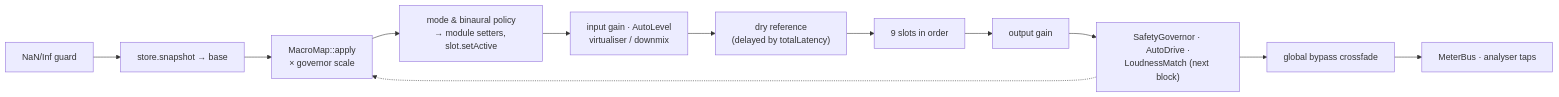
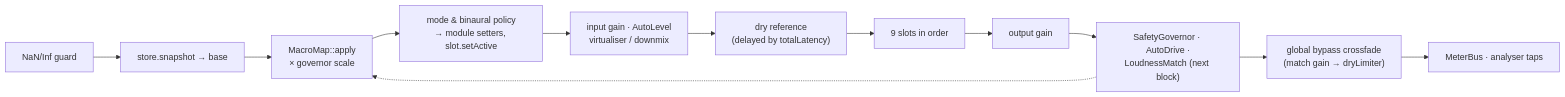
The second of 2 diagrams in docs/05-code-skeletons.md (flubydooby-creator/Flubsound), drawn with Mermaid before and after one commit. The commit also changed other lines of this file and 14 other files, not shown here.

````diff
--- a/docs/05-code-skeletons.md
+++ b/docs/05-code-skeletons.md
@@ -796,14 +827,14 @@
 ```mermaid
 flowchart LR
     A["NaN/Inf guard"] --> B["store.snapshot → base"]
     B --> C["MacroMap::apply<br/>× governor scale"]
     C --> D["mode & binaural policy<br/>→ module setters, slot.setActive"]
     D --> E["input gain · AutoLevel<br/>virtualiser / downmix"]
     E --> F["dry reference<br/>(delayed by totalLatency)"]
     F --> G["9 slots in order"]
     G --> H["output gain"]
     H --> I["SafetyGovernor · AutoDrive ·<br/>LoudnessMatch (next block)"]
-    I --> J["global bypass crossfade"]
+    I --> J["global bypass crossfade<br/>(match gain → dryLimiter)"]
     J --> K["MeterBus · analyser taps"]
     I -.-> C
 ```
````
